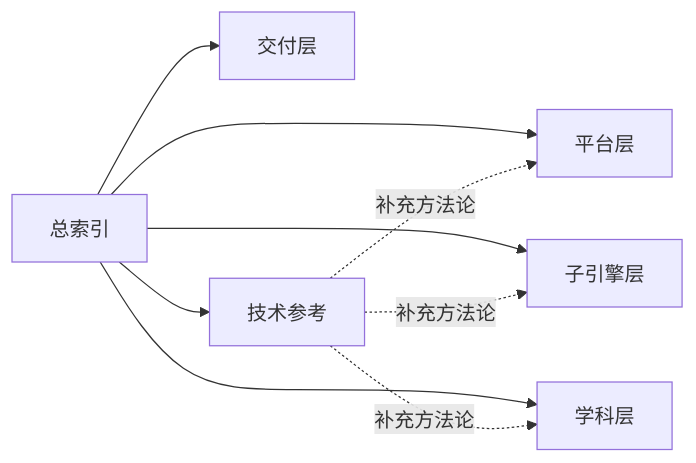
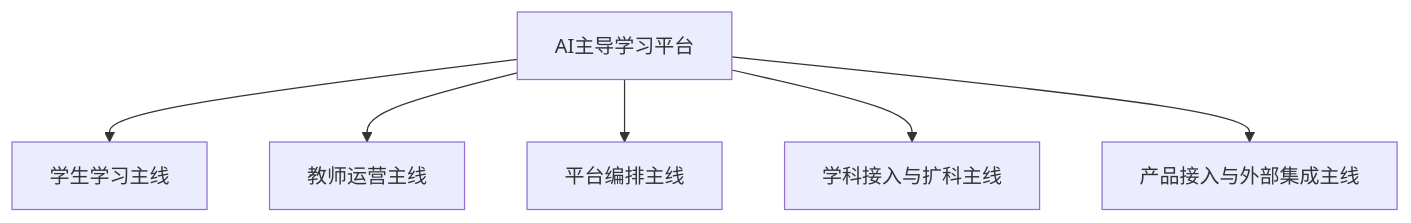
The first of 2 diagrams in doc/智能体文档/00-文档总索引.md (chenqsq/doc-showcase), drawn with Mermaid before and after one commit. The commit also changed other lines of this file and 20 other files, not shown here.

````diff
--- a/doc/智能体文档/00-文档总索引.md
+++ b/doc/智能体文档/00-文档总索引.md
@@ -40,11 +38,8 @@
 ```mermaid
-flowchart LR
-    A[总索引] --> B[平台层]
-    A --> C[子引擎层]
-    A --> D[学科层]
-    A --> E[交付层]
-    A --> F[技术参考]
-    F -.补充方法论.-> B
-    F -.补充方法论.-> C
-    F -.补充方法论.-> D
+flowchart TD
+    A[AI主导学习平台] --> B[学生学习主线]
+    A --> C[教师运营主线]
+    A --> D[平台编排主线]
+    A --> E[学科接入与扩科主线]
+    A --> F[产品接入与外部集成主线]
 ```
````
